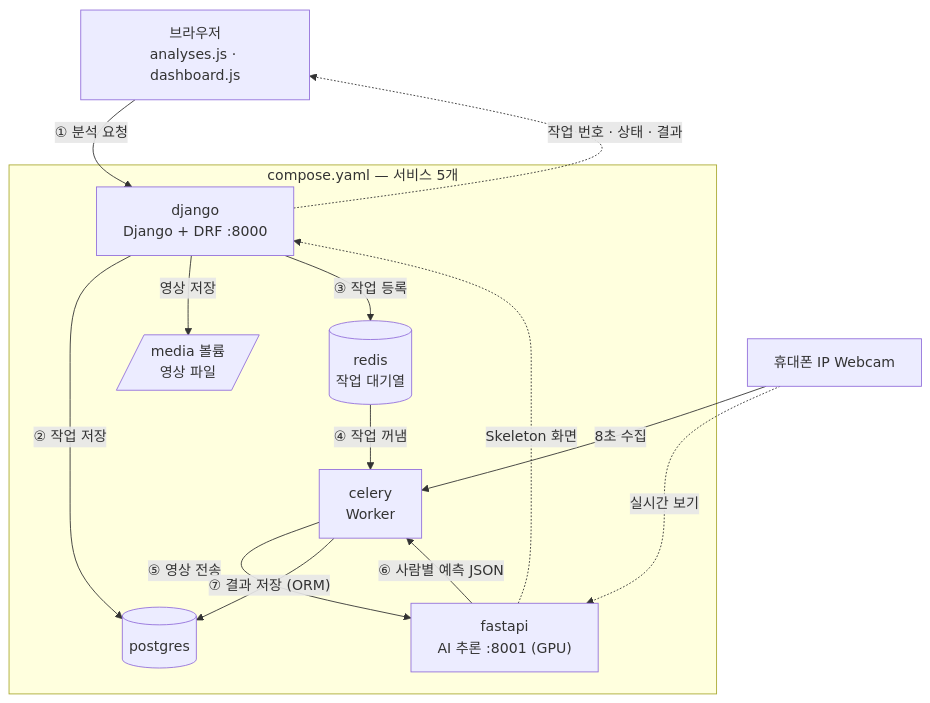
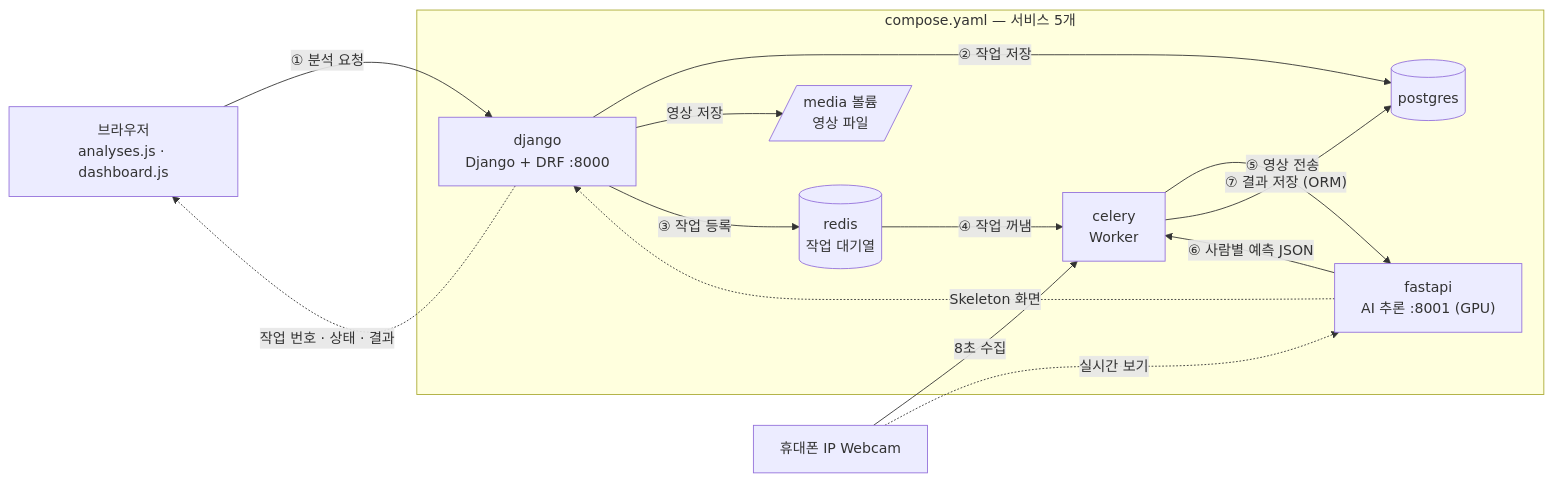
Before and after one commit to wlgptjd333/store-anomaly-service: the second of 5 diagrams in README.md, drawn with Mermaid.

Commit message:
README 아키텍처 그림을 가로로

````diff
--- a/README.md
+++ b/README.md
@@ -82,25 +82,25 @@
 ```mermaid
-flowchart TB
+flowchart LR
     B["브라우저<br/>analyses.js · dashboard.js"]
     CAM["휴대폰 IP Webcam"]
     subgraph compose["compose.yaml — 서비스 5개"]
         D["django<br/>Django + DRF :8000"]
         R[("redis<br/>작업 대기열")]
         C["celery<br/>Worker"]
         F["fastapi<br/>AI 추론 :8001 (GPU)"]
         P[("postgres")]
         M[/"media 볼륨<br/>영상 파일"/]
     end
     B -- "① 분석 요청" --> D
     D -- "② 작업 저장" --> P
     D -- "영상 저장" --> M
     D -- "③ 작업 등록" --> R
     D -. "작업 번호 · 상태 · 결과" .-> B
     R -- "④ 작업 꺼냄" --> C
     CAM -- "8초 수집" --> C
     C -- "⑤ 영상 전송" --> F
     F -- "⑥ 사람별 예측 JSON" --> C
     C -- "⑦ 결과 저장 (ORM)" --> P
     CAM -. "실시간 보기" .-> F
     F -. "Skeleton 화면" .-> D
 ```
````
